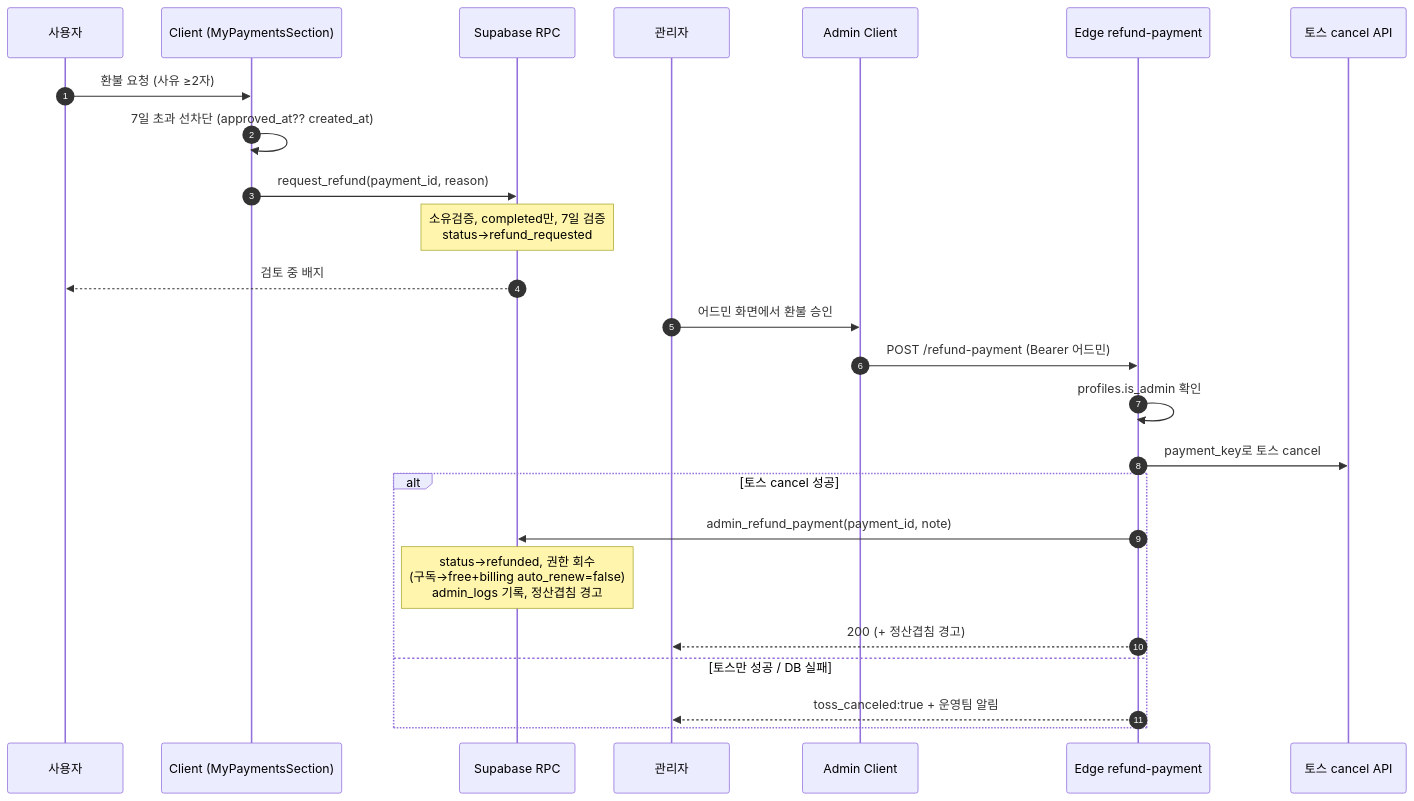
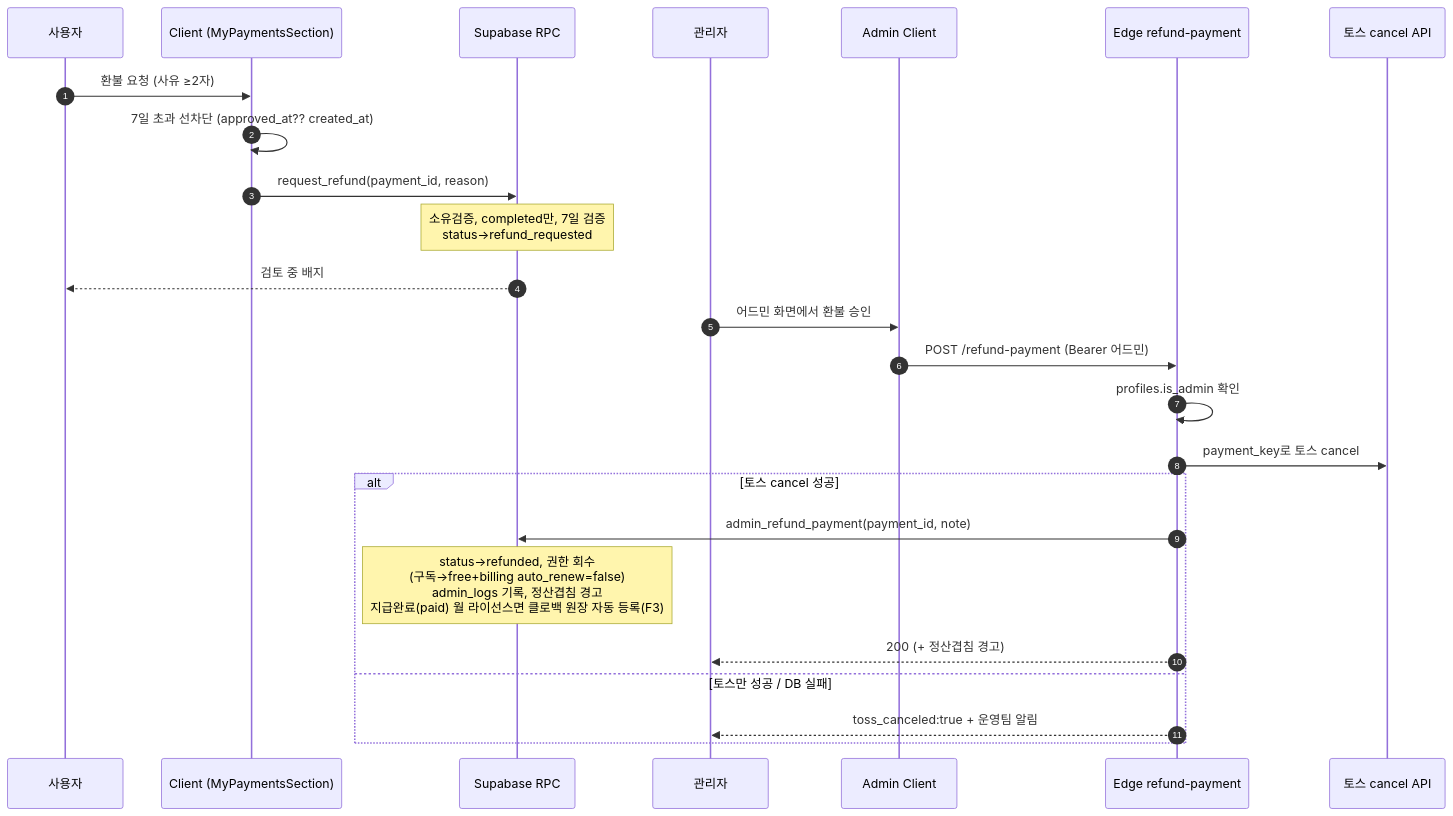
One commit to crebiz-commits/ai-v-market changed the fourth of 5 diagrams in docs/prd/07-mypage-payment-billing.md. Above: the diagram before and after it, drawn with Mermaid. The commit also changed other lines of this file and 10 other files, not shown here.

````diff
--- a/docs/prd/07-mypage-payment-billing.md
+++ b/docs/prd/07-mypage-payment-billing.md
@@ -508,27 +533,27 @@
 ```mermaid
 sequenceDiagram
     autonumber
     participant U as 사용자
     participant Cs as Client (MyPaymentsSection)
     participant DB as Supabase RPC
     participant A as 관리자
     participant Ca as Admin Client
     participant E as Edge refund-payment
     participant T as 토스 cancel API
     U->>Cs: 환불 요청 (사유 ≥2자)
     Cs->>Cs: 7일 초과 선차단 (approved_at?? created_at)
     Cs->>DB: request_refund(payment_id, reason)
     Note over DB: 소유검증, completed만, 7일 검증<br/>status→refund_requested
     DB-->>U: 검토 중 배지
     A->>Ca: 어드민 화면에서 환불 승인
     Ca->>E: POST /refund-payment (Bearer 어드민)
     E->>E: profiles.is_admin 확인
     E->>T: payment_key로 토스 cancel
     alt 토스 cancel 성공
         E->>DB: admin_refund_payment(payment_id, note)
-        Note over DB: status→refunded, 권한 회수<br/>(구독→free+billing auto_renew=false)<br/>admin_logs 기록, 정산겹침 경고
+        Note over DB: status→refunded, 권한 회수<br/>(구독→free+billing auto_renew=false)<br/>admin_logs 기록, 정산겹침 경고<br/>지급완료(paid) 월 라이선스면 클로백 원장 자동 등록(F3)
         E-->>A: 200 (+ 정산겹침 경고)
     else 토스만 성공 / DB 실패
         E-->>A: toss_canceled:true + 운영팀 알림
     end
 ```
````
